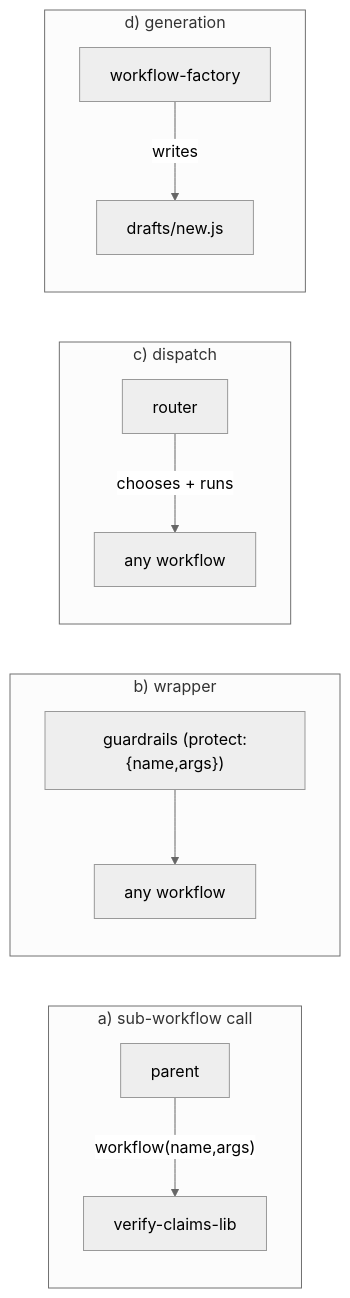
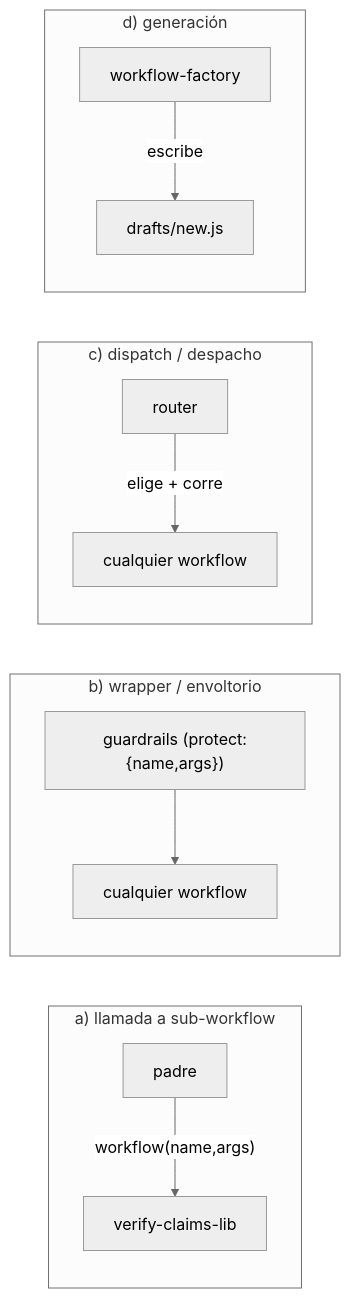
One commit to andrestobelem/pandi-extensions changed the fourth of 5 diagrams in .claude/skills/dynamic-workflows/reference/scaffold-catalog.md. Above: the diagram before and after it, drawn with Mermaid (neutral theme). The commit also changed other lines of this file and 144 other files, not shown here.

````diff
--- a/.claude/skills/dynamic-workflows/reference/scaffold-catalog.md
+++ b/.claude/skills/dynamic-workflows/reference/scaffold-catalog.md
@@ -207,15 +207,15 @@
 ```mermaid
 flowchart LR
-  subgraph S1["a) sub-workflow call"]
-    P[parent] -->|"workflow(name,args)"| C[verify-claims-lib]
+  subgraph S1["a) llamada a sub-workflow"]
+    P[padre] -->|"workflow(name,args)"| C[verify-claims-lib]
   end
-  subgraph S2["b) wrapper"]
-    G["guardrails (protect:{name,args})"] --> W[any workflow]
+  subgraph S2["b) wrapper / envoltorio"]
+    G["guardrails (protect:{name,args})"] --> W[cualquier workflow]
   end
-  subgraph S3["c) dispatch"]
-    R[router] -->|"chooses + runs"| X[any workflow]
+  subgraph S3["c) dispatch / despacho"]
+    R[router] -->|"elige + corre"| X[cualquier workflow]
   end
-  subgraph S4["d) generation"]
-    F[workflow-factory] -->|"writes"| N["drafts/new.js"]
+  subgraph S4["d) generación"]
+    F[workflow-factory] -->|"escribe"| N["drafts/new.js"]
   end
 ```
````
